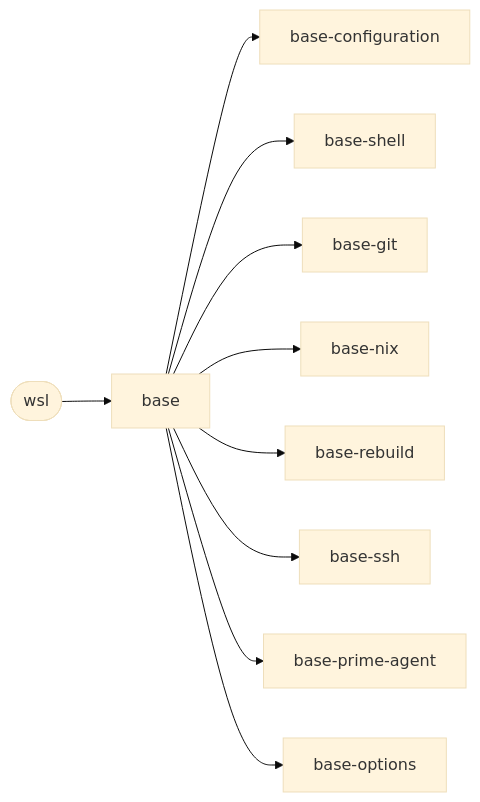
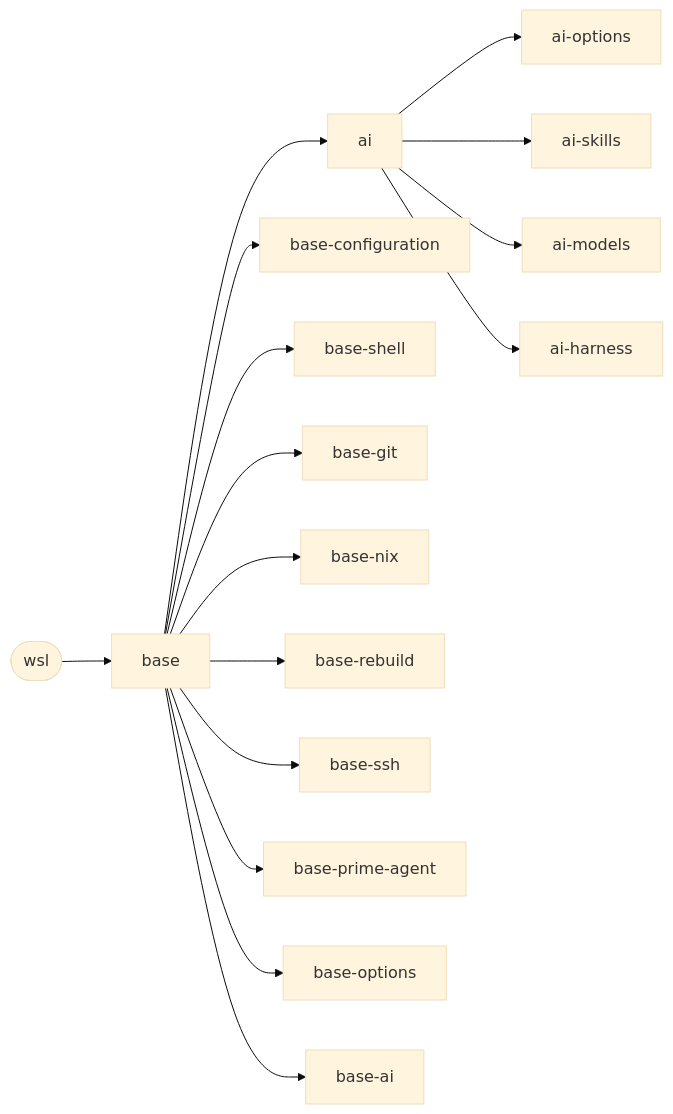
Before and after one commit to janusz-bit/nixos: the third of 3 diagrams in docs/reference/hosts.md, drawn with Mermaid (base theme). The commit also changed other lines of this file and 28 other files, not shown here.

First line of the commit message:
ai: skills and models as ai.* options, import logic in modules/ai

````diff
--- a/docs/reference/hosts.md
+++ b/docs/reference/hosts.md
@@ -195,13 +213,19 @@
 ```mermaid
 flowchart LR
   host_wsl([wsl])
   host_wsl --> base[base]
+  ai --> ai_options[ai-options]
+  ai --> ai_skills[ai-skills]
+  ai --> ai_models[ai-models]
+  ai --> ai_harness[ai-harness]
   base --> base_configuration[base-configuration]
   base --> base_shell[base-shell]
   base --> base_git[base-git]
   base --> base_nix[base-nix]
   base --> base_rebuild[base-rebuild]
   base --> base_ssh[base-ssh]
   base --> base_prime_agent[base-prime-agent]
   base --> base_options[base-options]
+  base --> ai[ai]
+  base --> base_ai[base-ai]
 ```
````
